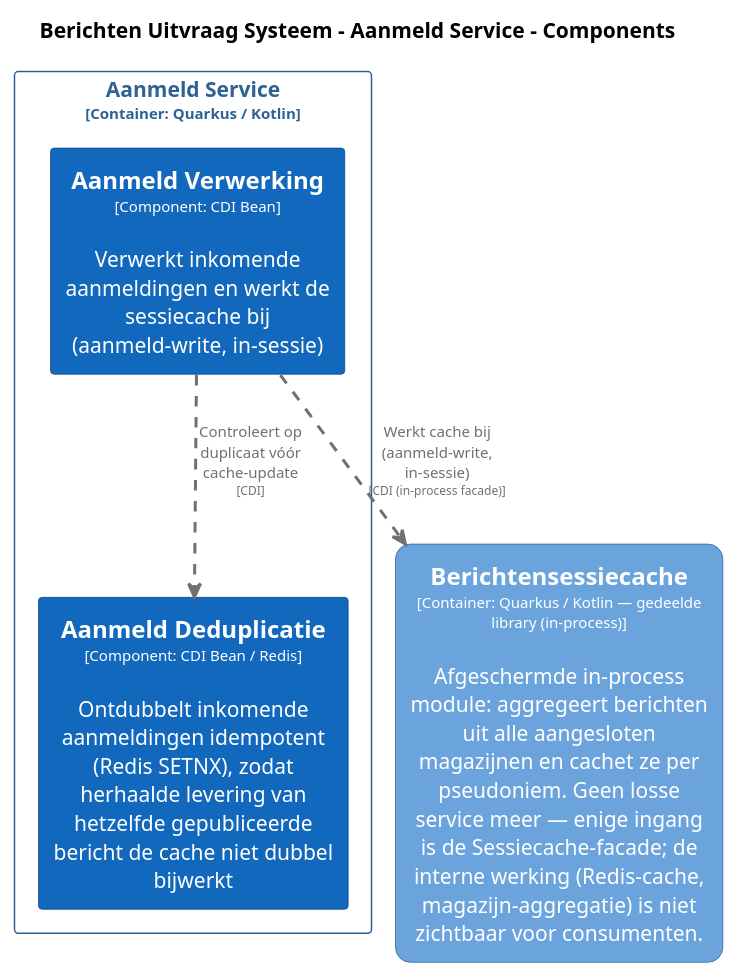
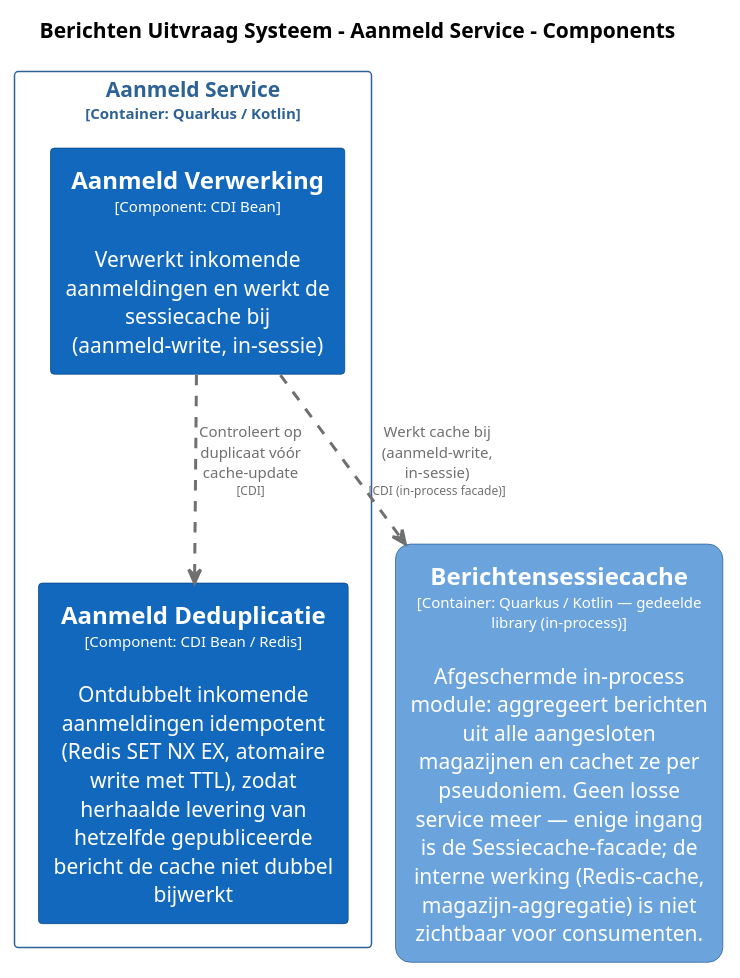
The diagram in pr-preview/pr-108/master/puml/AanmeldServiceComponenten.puml (MinBZK/moza-poc-fbs-berichtenbox), drawn with PlantUML before and after one commit. The commit also changed 7 other files, not shown here.

```diff
--- a/pr-preview/pr-108/master/puml/AanmeldServiceComponenten.puml
+++ b/pr-preview/pr-108/master/puml/AanmeldServiceComponenten.puml
@@ -1,52 +1,52 @@
 @startuml
 set separator none
 title Berichten Uitvraag Systeem - Aanmeld Service - Components
 
 top to bottom direction
 skinparam ranksep 60
 skinparam nodesep 30
 
 skinparam {
   arrowFontSize 10
   defaultTextAlignment center
   wrapWidth 200
   maxMessageSize 100
 }
 
 hide stereotype
 
 skinparam rectangle<<BerichtenUitvraagSysteem.AanmeldService.AanmeldDeduplicatie>> {
   BackgroundColor #1168bd
   FontColor #ffffff
   BorderColor #0b4884
   shadowing false
 }
 skinparam rectangle<<BerichtenUitvraagSysteem.AanmeldService.AanmeldVerwerking>> {
   BackgroundColor #1168bd
   FontColor #ffffff
   BorderColor #0b4884
   shadowing false
 }
 skinparam rectangle<<BerichtenUitvraagSysteem.Berichtensessiecache>> {
   BackgroundColor #6ba3dd
   FontColor #ffffff
   BorderColor #2e6295
   roundCorner 20
   shadowing false
 }
 skinparam rectangle<<BerichtenUitvraagSysteem.AanmeldService>> {
   BorderColor #2e6295
   FontColor #2e6295
   shadowing false
 }
 
 rectangle "==Berichtensessiecache\n<size:10>[Container: Quarkus / Kotlin — gedeelde library (in-process)]</size>\n\nAfgeschermde in-process module: aggregeert berichten uit alle aangesloten magazijnen en cachet ze per pseudoniem. Geen losse service meer — enige ingang is de Sessiecache-facade; de interne werking (Redis-cache, magazijn-aggregatie) is niet zichtbaar voor consumenten." <<BerichtenUitvraagSysteem.Berichtensessiecache>> as BerichtenUitvraagSysteem.Berichtensessiecache
 
 rectangle "Aanmeld Service\n<size:10>[Container: Quarkus / Kotlin]</size>" <<BerichtenUitvraagSysteem.AanmeldService>> {
   rectangle "==Aanmeld Verwerking\n<size:10>[Component: CDI Bean]</size>\n\nVerwerkt inkomende aanmeldingen en werkt de sessiecache bij (aanmeld-write, in-sessie)" <<BerichtenUitvraagSysteem.AanmeldService.AanmeldVerwerking>> as BerichtenUitvraagSysteem.AanmeldService.AanmeldVerwerking
-  rectangle "==Aanmeld Deduplicatie\n<size:10>[Component: CDI Bean / Redis]</size>\n\nOntdubbelt inkomende aanmeldingen idempotent (Redis SETNX), zodat herhaalde levering van hetzelfde gepubliceerde bericht de cache niet dubbel bijwerkt" <<BerichtenUitvraagSysteem.AanmeldService.AanmeldDeduplicatie>> as BerichtenUitvraagSysteem.AanmeldService.AanmeldDeduplicatie
+  rectangle "==Aanmeld Deduplicatie\n<size:10>[Component: CDI Bean / Redis]</size>\n\nOntdubbelt inkomende aanmeldingen idempotent (Redis SET NX EX, atomaire write met TTL), zodat herhaalde levering van hetzelfde gepubliceerde bericht de cache niet dubbel bijwerkt" <<BerichtenUitvraagSysteem.AanmeldService.AanmeldDeduplicatie>> as BerichtenUitvraagSysteem.AanmeldService.AanmeldDeduplicatie
 }
 
 BerichtenUitvraagSysteem.AanmeldService.AanmeldVerwerking .[#707070,thickness=2].> BerichtenUitvraagSysteem.AanmeldService.AanmeldDeduplicatie : "<color:#707070>Controleert op duplicaat vóór cache-update\n<color:#707070><size:8>[CDI]</size>"
 BerichtenUitvraagSysteem.AanmeldService.AanmeldVerwerking .[#707070,thickness=2].> BerichtenUitvraagSysteem.Berichtensessiecache : "<color:#707070>Werkt cache bij (aanmeld-write, in-sessie)\n<color:#707070><size:8>[CDI (in-process facade)]</size>"
 @enduml
```
